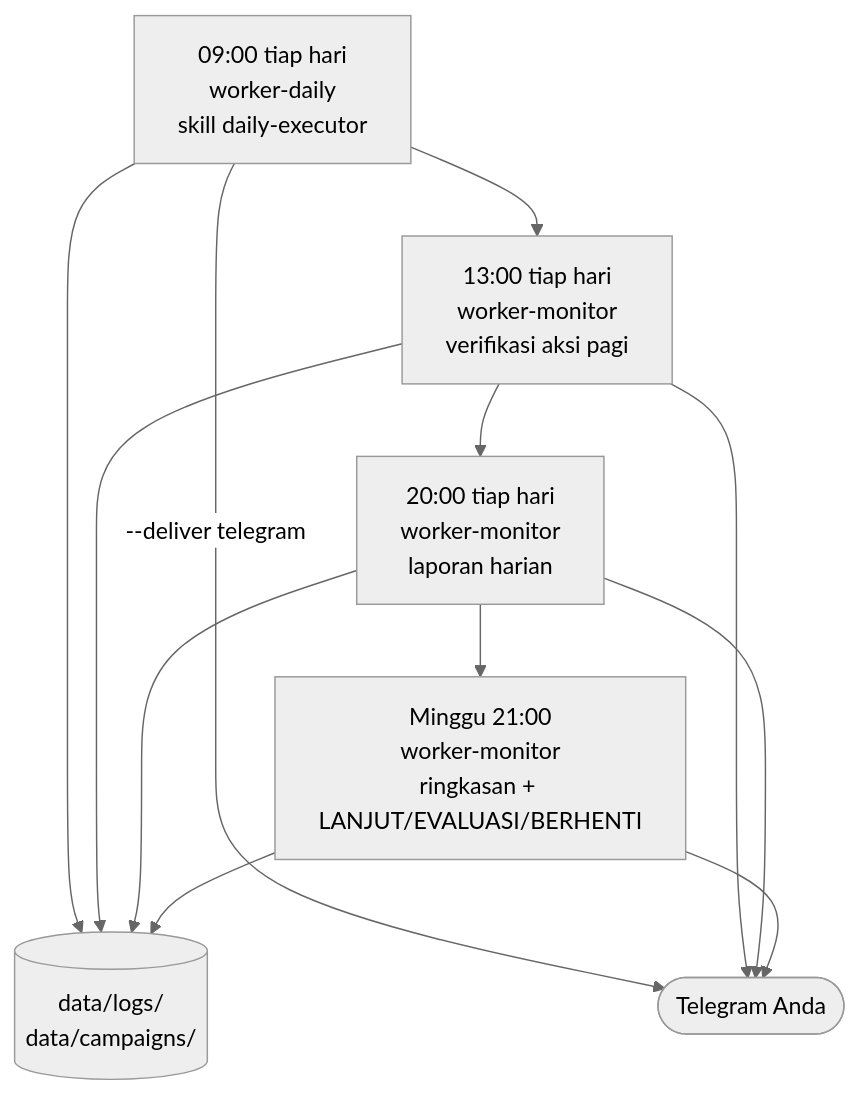
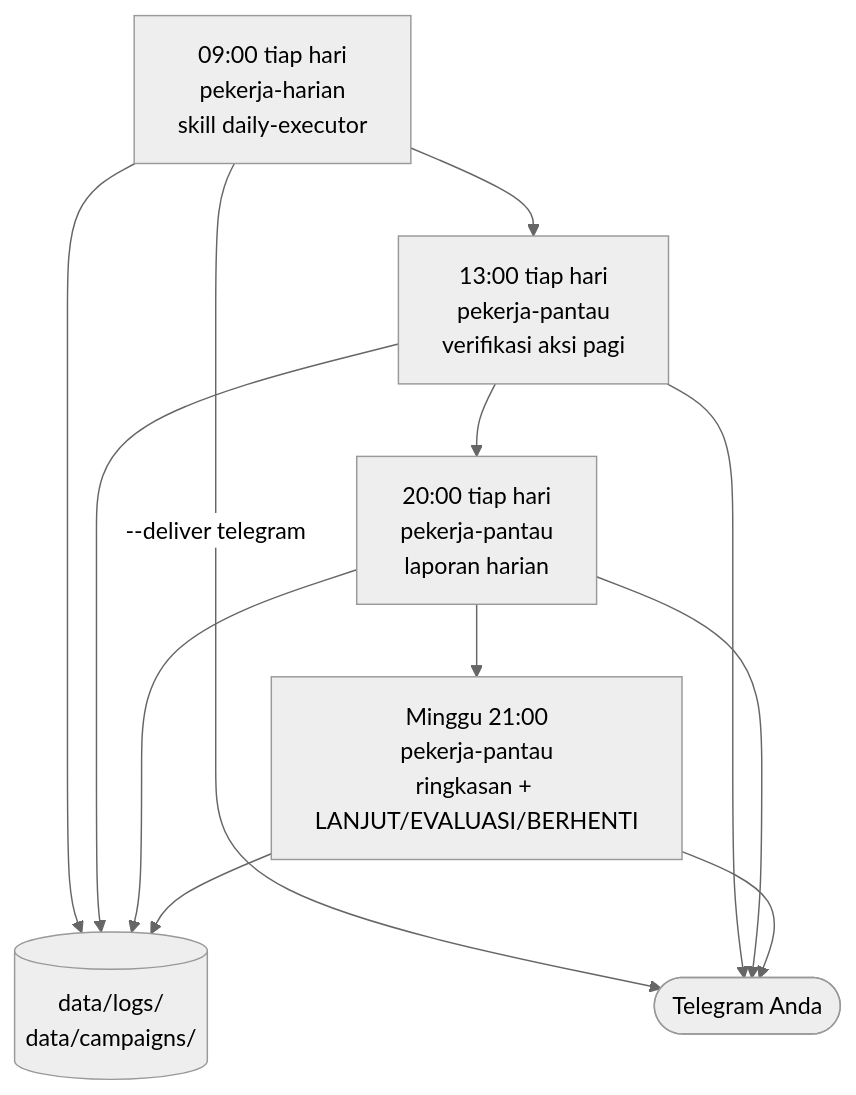
Before and after one commit to Scryptexai/AgentDrop: the fifth of 6 diagrams in docs/arsitektur-alur.md, drawn with Mermaid (neutral theme). The commit also changed other lines of this file and 46 other files, not shown here.

````diff
--- a/docs/arsitektur-alur.md
+++ b/docs/arsitektur-alur.md
@@ -192,15 +192,15 @@
 ```mermaid
 flowchart TD
-    C09["09:00 tiap hari<br/>worker-daily<br/>skill daily-executor"] --> V13
-    V13["13:00 tiap hari<br/>worker-monitor<br/>verifikasi aksi pagi"] --> R20
-    R20["20:00 tiap hari<br/>worker-monitor<br/>laporan harian"] --> W21
-    W21["Minggu 21:00<br/>worker-monitor<br/>ringkasan + LANJUT/EVALUASI/BERHENTI"]
+    C09["09:00 tiap hari<br/>pekerja-harian<br/>skill daily-executor"] --> V13
+    V13["13:00 tiap hari<br/>pekerja-pantau<br/>verifikasi aksi pagi"] --> R20
+    R20["20:00 tiap hari<br/>pekerja-pantau<br/>laporan harian"] --> W21
+    W21["Minggu 21:00<br/>pekerja-pantau<br/>ringkasan + LANJUT/EVALUASI/BERHENTI"]
     C09 --> L[("data/logs/<br/>data/campaigns/")]
     V13 --> L
     R20 --> L
     W21 --> L
     C09 -->|"--deliver telegram"| TG(["Telegram Anda"])
     V13 --> TG
     R20 --> TG
     W21 --> TG
 ```
````
